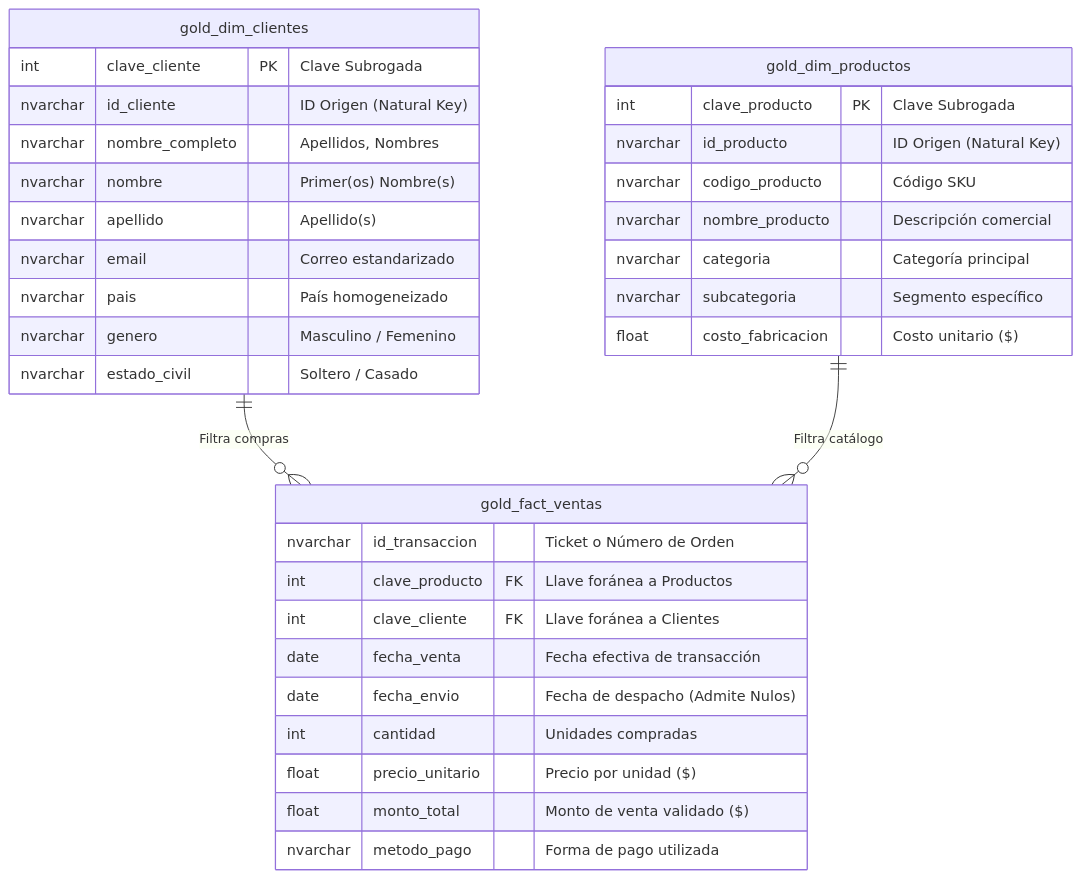
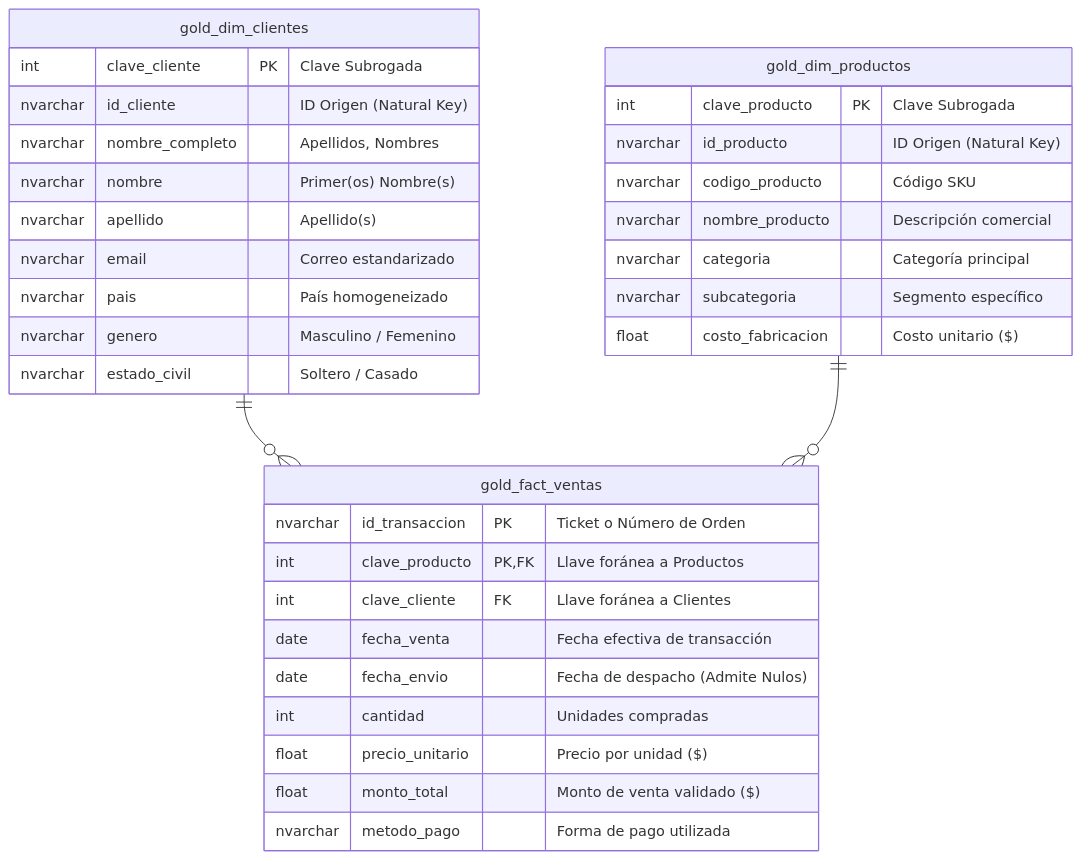
One commit to AlexanderJorgeCastillo/Arquitectura-Medallion changed the diagram in README.md. Above: the diagram before and after it, drawn with Mermaid. The commit also changed other lines of this file, not shown here.

````diff
--- a/README.md
+++ b/README.md
@@ -44,39 +44,39 @@
 ```mermaid
 erDiagram
-    gold_dim_clientes ||--o{ gold_fact_ventas : "Filtra compras"
-    gold_dim_productos ||--o{ gold_fact_ventas : "Filtra catálogo"
+    gold_dim_clientes ||--o{ gold_fact_ventas : ""
+    gold_dim_productos ||--o{ gold_fact_ventas : ""
 
     gold_dim_clientes {
         int clave_cliente PK "Clave Subrogada"
         nvarchar id_cliente "ID Origen (Natural Key)"
         nvarchar nombre_completo "Apellidos, Nombres"
         nvarchar nombre "Primer(os) Nombre(s)"
         nvarchar apellido "Apellido(s)"
         nvarchar email "Correo estandarizado"
         nvarchar pais "País homogeneizado"
         nvarchar genero "Masculino / Femenino"
         nvarchar estado_civil "Soltero / Casado"
     }
 
     gold_dim_productos {
         int clave_producto PK "Clave Subrogada"
         nvarchar id_producto "ID Origen (Natural Key)"
         nvarchar codigo_producto "Código SKU"
         nvarchar nombre_producto "Descripción comercial"
         nvarchar categoria "Categoría principal"
         nvarchar subcategoria "Segmento específico"
         float costo_fabricacion "Costo unitario ($)"
     }
 
     gold_fact_ventas {
-        nvarchar id_transaccion "Ticket o Número de Orden"
-        int clave_producto FK "Llave foránea a Productos"
+        nvarchar id_transaccion PK "Ticket o Número de Orden"
+        int clave_producto PK,FK "Llave foránea a Productos"
         int clave_cliente FK "Llave foránea a Clientes"
         date fecha_venta "Fecha efectiva de transacción"
         date fecha_envio "Fecha de despacho (Admite Nulos)"
         int cantidad "Unidades compradas"
         float precio_unitario "Precio por unidad ($)"
         float monto_total "Monto de venta validado ($)"
         nvarchar metodo_pago "Forma de pago utilizada"
     }
 ```
````
